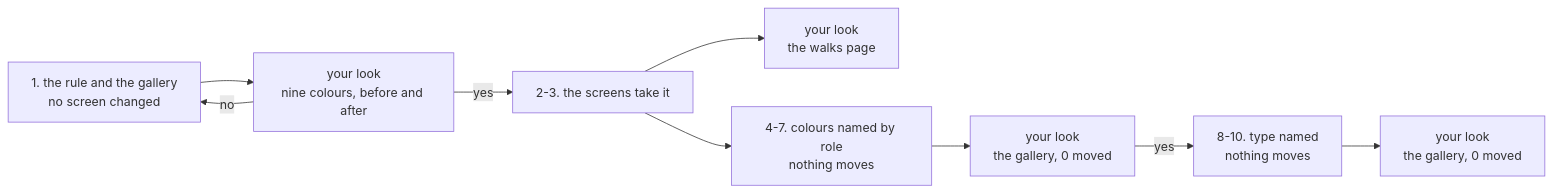
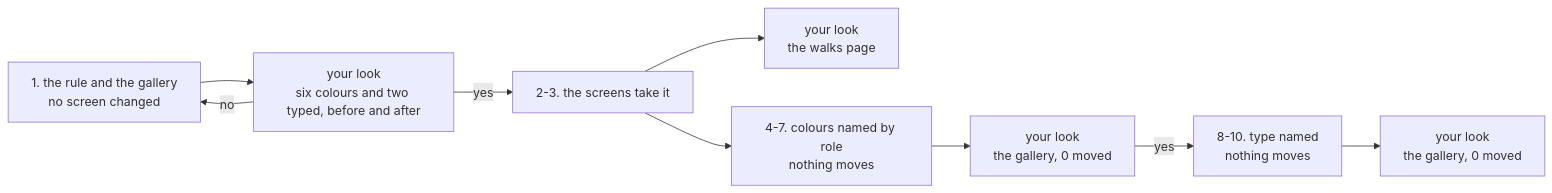
One commit to ancJ29/credo changed the diagram in docs/plans/2026-11-20-design-fixes.md. Above: the diagram before and after it, drawn with Mermaid. The commit also changed other lines of this file and 1 other file, not shown here.

Commit message:
docs: item 638 for the Vietnamese palette names; the plan read true for six stock colours

````diff
--- a/docs/plans/2026-11-20-design-fixes.md
+++ b/docs/plans/2026-11-20-design-fixes.md
@@ -10,8 +12,8 @@
 ```mermaid
 flowchart LR
-  a1["1. the rule and the gallery<br/>no screen changed"] --> look1["your look<br/>nine colours, before and after"]
+  a1["1. the rule and the gallery<br/>no screen changed"] --> look1["your look<br/>six colours and two typed, before and after"]
   look1 -- yes --> a2["2-3. the screens take it"] --> look2["your look<br/>the walks page"]
   a2 --> b["4-7. colours named by role<br/>nothing moves"] --> look3["your look<br/>the gallery, 0 moved"]
   look3 -- yes --> c["8-10. type named<br/>nothing moves"] --> look4["your look<br/>the gallery, 0 moved"]
   look1 -- no --> a1
 ```
````
